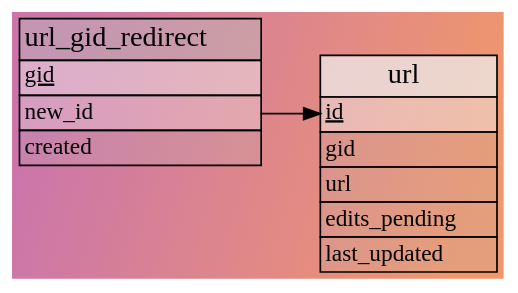
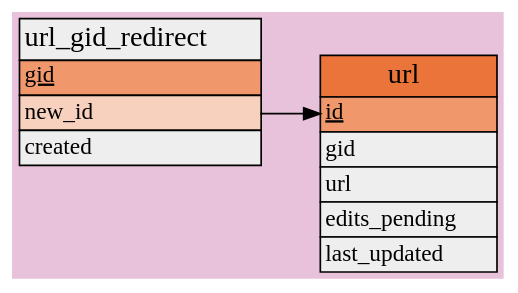
One commit to metabrainz/musicbrainz-server changed the diagram in docs/database_schema_diagrams/graphs/url_entity_details.dot. Above: the diagram before and after it, drawn with Graphviz. The commit also changed 45 other files, not shown here.

First line of the commit message:
Regenerate graphs and images with new colors

```diff
--- a/docs/database_schema_diagrams/graphs/url_entity_details.dot
+++ b/docs/database_schema_diagrams/graphs/url_entity_details.dot
@@ -1,42 +1,41 @@
 // Automatically generated, do not edit.
 // - Database schema sequence: 30
 digraph url_entity_details {
     tooltip = "Tables for the “url” entity type properties"
     graph [
-        bgcolor = "#cb75ab:#f0976c"
+        bgcolor = "#e8c2da"
         concentrate = true
-        gradientangle = 330
         pack = true
         rankdir = "LR"
     ];
     node [
         shape = plain
     ];
 
     // Tables
     "musicbrainz.url" [
         label = <
             <table border="0" cellspacing="0" cellborder="1">
-                <tr><td bgcolor="#eeeeeebb"><font point-size="17">url</font></td></tr>
-                <tr><td bgcolor="#eeeeee77" align="left" port="id"><font point-size="14"><u>id</u></font></td></tr>
-                <tr><td bgcolor="#bbbbbb33" align="left" port="gid"><font point-size="14">gid</font></td></tr>
-                <tr><td bgcolor="#bbbbbb33" align="left" port="url"><font point-size="14">url</font></td></tr>
-                <tr><td bgcolor="#bbbbbb33" align="left" port="edits_pending"><font point-size="14">edits_pending</font></td></tr>
-                <tr><td bgcolor="#bbbbbb33" align="left" port="last_updated"><font point-size="14">last_updated</font></td></tr>
+                <tr><td bgcolor="#eb743b"><font point-size="17">url</font></td></tr>
+                <tr><td bgcolor="#f0976c" align="left" port="id"><font point-size="14"><u>id</u></font></td></tr>
+                <tr><td bgcolor="#eeeeee" align="left" port="gid"><font point-size="14">gid</font></td></tr>
+                <tr><td bgcolor="#eeeeee" align="left" port="url"><font point-size="14">url</font></td></tr>
+                <tr><td bgcolor="#eeeeee" align="left" port="edits_pending"><font point-size="14">edits_pending</font></td></tr>
+                <tr><td bgcolor="#eeeeee" align="left" port="last_updated"><font point-size="14">last_updated</font></td></tr>
             </table>
         >
     ];
     "musicbrainz.url_gid_redirect" [
         label = <
             <table border="0" cellspacing="0" cellborder="1">
-                <tr><td bgcolor="#bbbbbb77"><font point-size="17">url_gid_redirect</font></td></tr>
-                <tr><td bgcolor="#eeeeee77" align="left" port="gid"><font point-size="14"><u>gid</u></font></td></tr>
-                <tr><td bgcolor="#eeeeee55" align="left" port="new_id"><font point-size="14">new_id</font></td></tr>
-                <tr><td bgcolor="#bbbbbb33" align="left" port="created"><font point-size="14">created</font></td></tr>
+                <tr><td bgcolor="#eeeeee"><font point-size="17">url_gid_redirect</font></td></tr>
+                <tr><td bgcolor="#f0976c" align="left" port="gid"><font point-size="14"><u>gid</u></font></td></tr>
+                <tr><td bgcolor="#f8d1be" align="left" port="new_id"><font point-size="14">new_id</font></td></tr>
+                <tr><td bgcolor="#eeeeee" align="left" port="created"><font point-size="14">created</font></td></tr>
             </table>
         >
     ];
 
     // References
     "musicbrainz.url_gid_redirect":"new_id" -> "musicbrainz.url":"id"
 }
```
